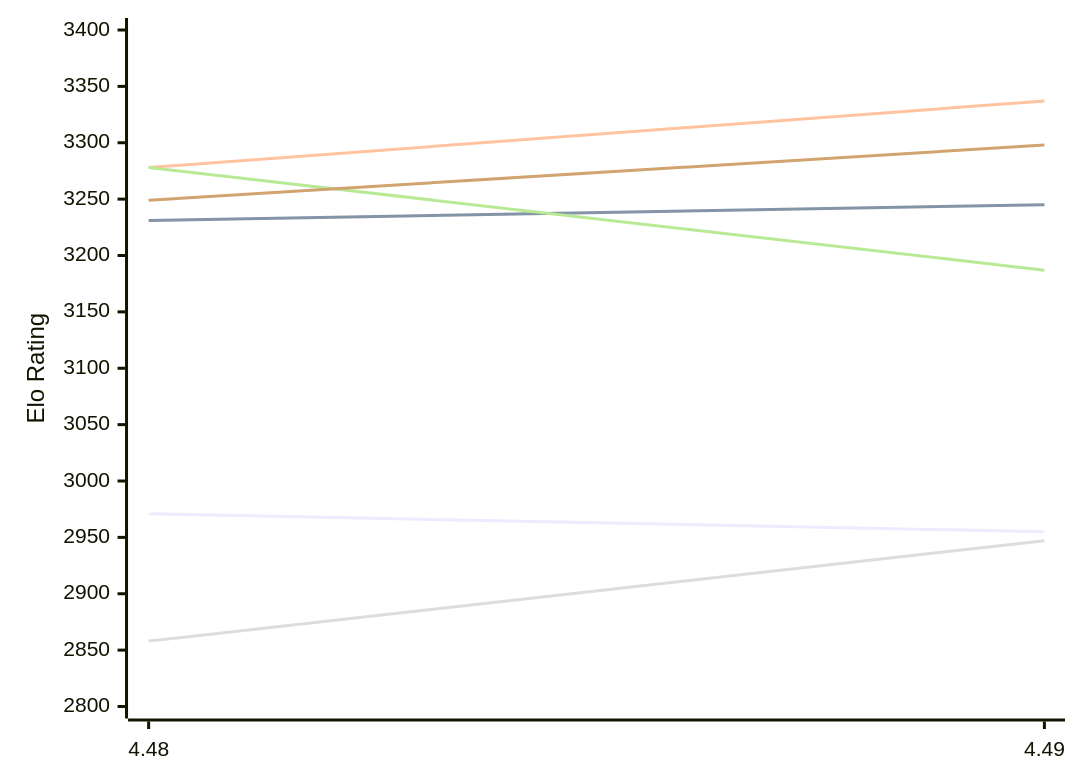
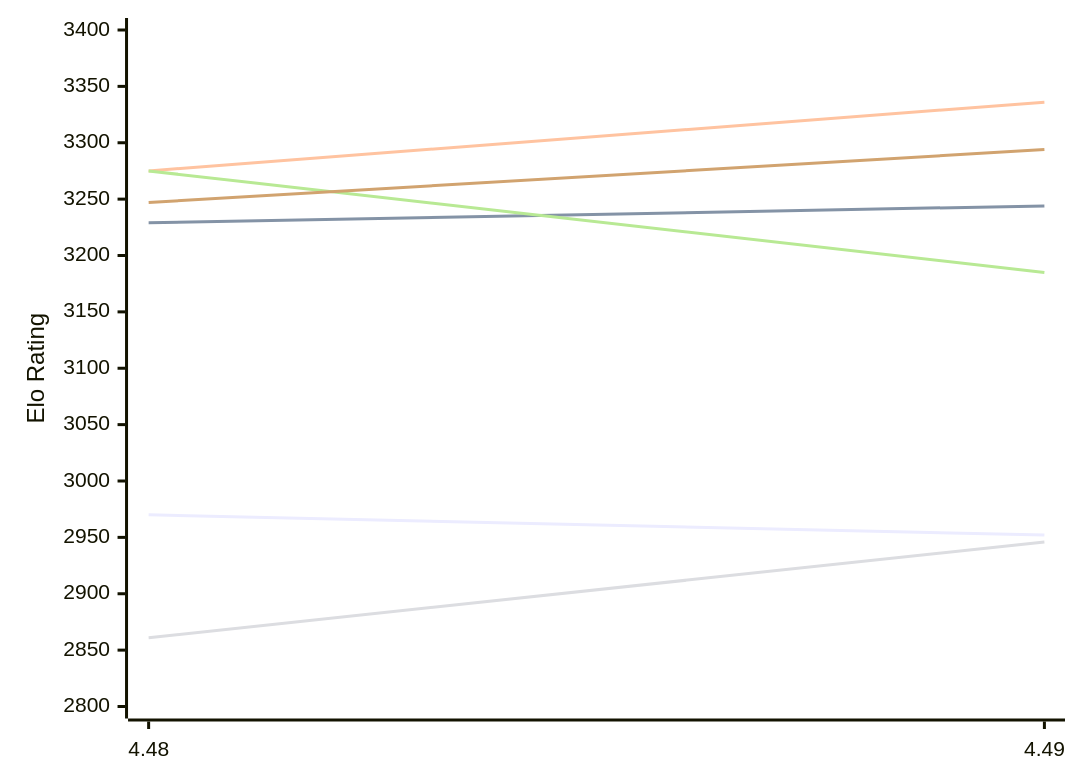
Before and after one commit to computer-chess-index/cci: the first of 2 diagrams in engines/Cheng4.md, drawn with Mermaid. The commit also changed other lines of this file, not shown here.

Commit message:
Update CCI Ratings (ELO VLTC) - 2026-11-19

````diff
--- a/engines/Cheng4.md
+++ b/engines/Cheng4.md
@@ -50,12 +50,12 @@
 ```mermaid
 %%{init: {"theme":"base","themeVariables":{"seriesColors:['#a3a3a3','#222221','#faa371']}}}%%
 xychart-beta
   x-axis ["4.48", "4.49"]
   y-axis "Elo Rating" 2800 --> 3400
-  line "E1: STC (8.0+0.08s)" [2971, 2955]
-  line "E1: LTC (60.0+0.60s)" [3231, 3245]
-  line "E1: VLTC (2m24s+1.12s)" [3278, 3337]
-  line "P1: STC (8.0+0.08s)" [2858, 2947]
-  line "P1: LTC (60.0+0.60s)" [3278, 3187]
-  line "P1: VLTC (2m24s+1.12s)" [3249, 3298]
+  line "E1: STC (8.0+0.08s)" [2970, 2952]
+  line "E1: LTC (60.0+0.60s)" [3229, 3244]
+  line "E1: VLTC (2m24s+1.12s)" [3275, 3336]
+  line "P1: STC (8.0+0.08s)" [2861, 2946]
+  line "P1: LTC (60.0+0.60s)" [3275, 3185]
+  line "P1: VLTC (2m24s+1.12s)" [3247, 3294]
 ```
````
